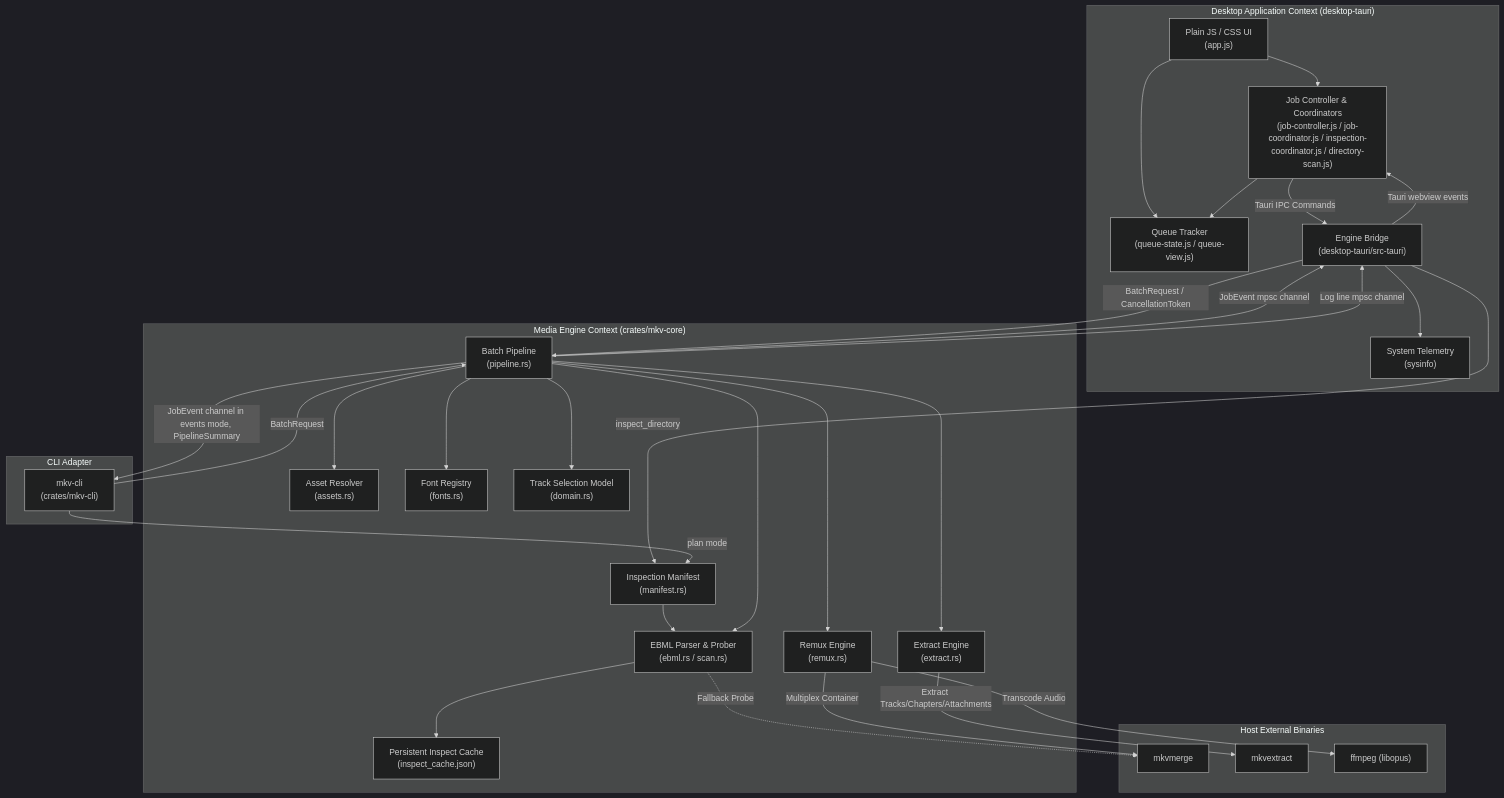
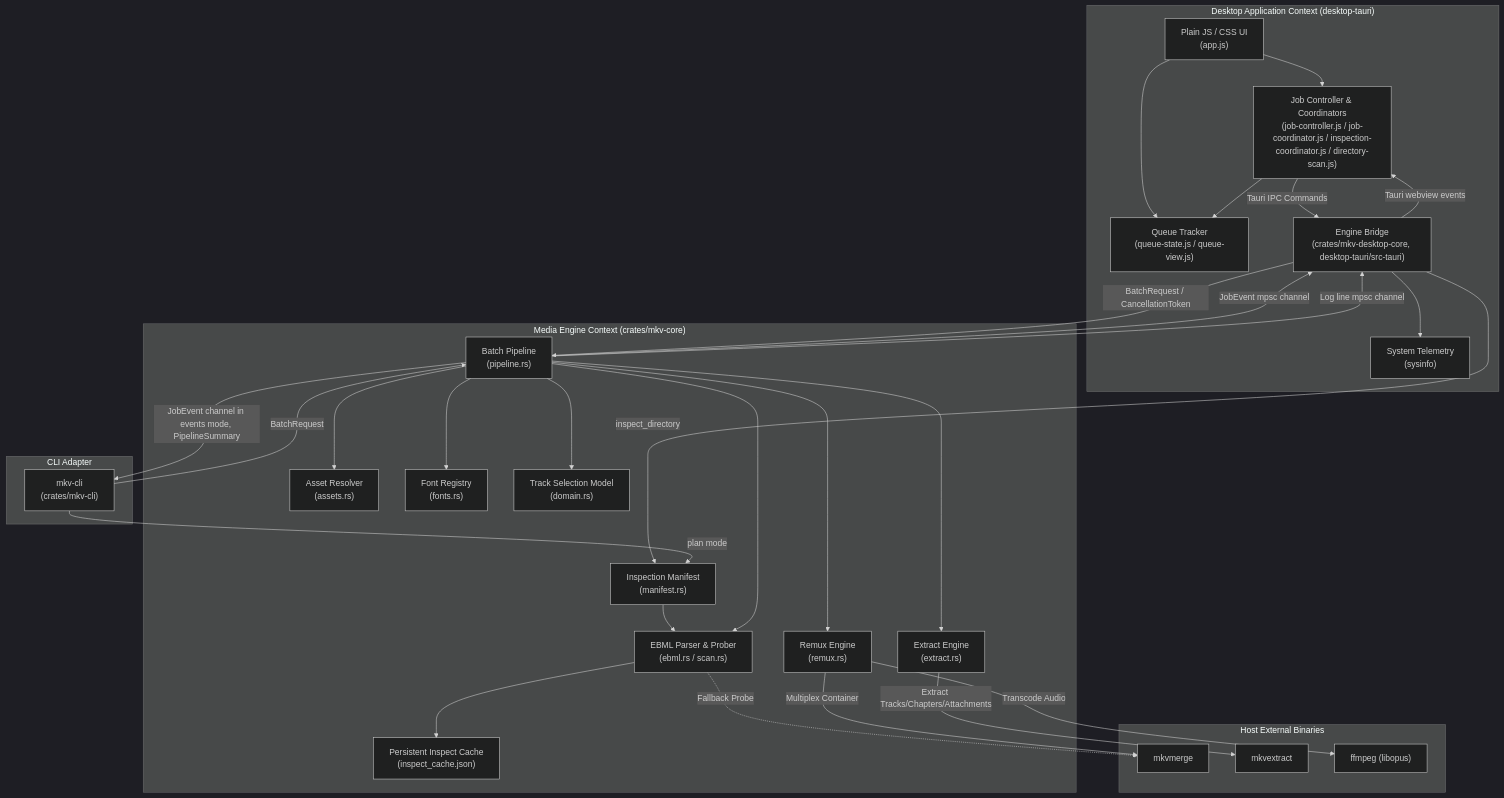
Before and after one commit to Si-Forces/mkvanimebatch: the first of 8 diagrams in architecture.md, drawn with Mermaid (dark theme). The commit also changed other lines of this file and 37 other files, not shown here.

First line of the commit message:
feat(desktop-core): mkv-desktop-core crate and the Engine Bridge move (S1) (#116)

````diff
--- a/architecture.md
+++ b/architecture.md
@@ -28,61 +28,61 @@
 ```mermaid
 flowchart TD
     subgraph DesktopContext["Desktop Application Context (desktop-tauri)"]
         UI["Plain JS / CSS UI\n(app.js)"]
         QT["Queue Tracker\n(queue-state.js / queue-view.js)"]
         JC["Job Controller & Coordinators\n(job-controller.js / job-coordinator.js / inspection-coordinator.js / directory-scan.js)"]
-        EB["Engine Bridge\n(desktop-tauri/src-tauri)"]
+        EB["Engine Bridge\n(crates/mkv-desktop-core, desktop-tauri/src-tauri)"]
         TS["System Telemetry\n(sysinfo)"]
     end
 
     subgraph MediaEngineContext["Media Engine Context (crates/mkv-core)"]
         MAN["Inspection Manifest\n(manifest.rs)"]
         BP["Batch Pipeline\n(pipeline.rs)"]
         AR["Asset Resolver\n(assets.rs)"]
         FR["Font Registry\n(fonts.rs)"]
         TSM["Track Selection Model\n(domain.rs)"]
         EBML["EBML Parser & Prober\n(ebml.rs / scan.rs)"]
         PIC["Persistent Inspect Cache\n(inspect_cache.json)"]
         RX["Remux Engine\n(remux.rs)"]
         EX["Extract Engine\n(extract.rs)"]
     end
 
     subgraph ExternalTools["Host External Binaries"]
         MKVMERGE["mkvmerge"]
         MKVEXTRACT["mkvextract"]
         FFMPEG["ffmpeg (libopus)"]
     end
 
     subgraph StandaloneCLI["CLI Adapter"]
         CLI["mkv-cli\n(crates/mkv-cli)"]
     end
 
     UI --> QT
     UI --> JC
     JC --> QT
     JC -->|Tauri IPC Commands| EB
     EB -->|inspect_directory| MAN
     EB -->|BatchRequest / CancellationToken| BP
     BP -->|JobEvent mpsc channel| EB
     BP -->|Log line mpsc channel| EB
     EB -->|Tauri webview events| JC
     EB --> TS
 
     CLI -->|BatchRequest| BP
     CLI -->|plan mode| MAN
     BP -->|JobEvent channel in events mode, PipelineSummary| CLI
 
     MAN --> EBML
     BP --> AR
     BP --> FR
     BP --> TSM
     BP --> EBML
     EBML --> PIC
     BP --> RX
     BP --> EX
 
     EBML -.->|Fallback Probe| MKVMERGE
     RX -->|Transcode Audio| FFMPEG
     RX -->|Multiplex Container| MKVMERGE
     EX -->|Extract Tracks/Chapters/Attachments| MKVEXTRACT
 ```
````
